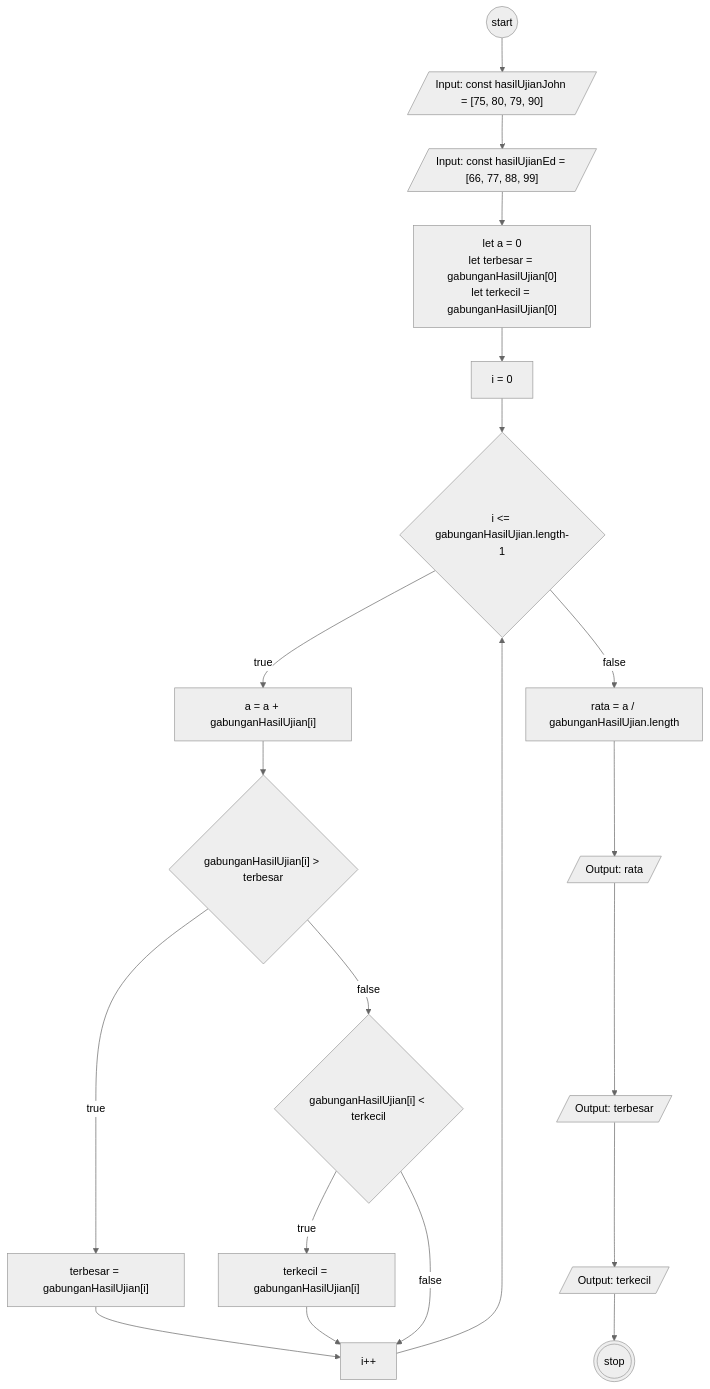
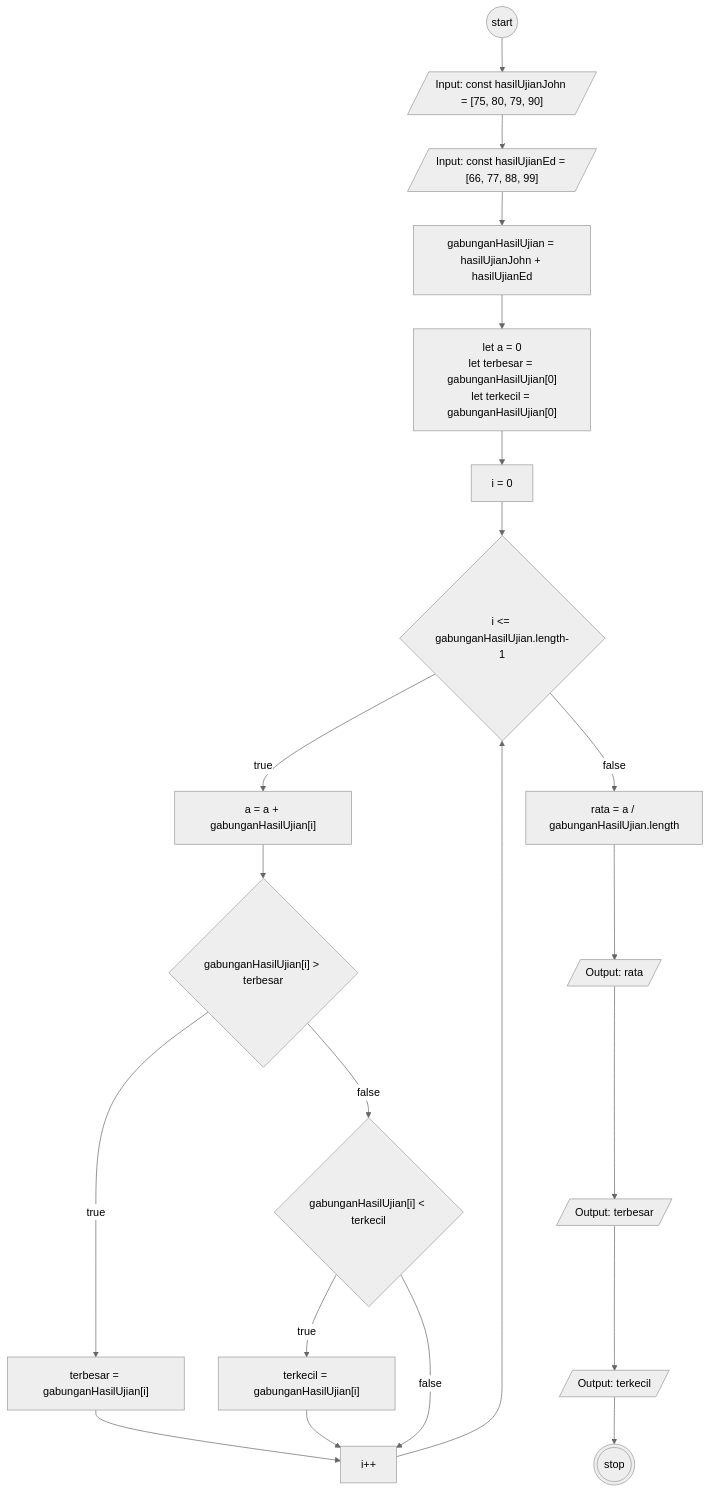
The diagram in task1.md (alhilalfathi/koda-b6-javascript2), drawn with Mermaid (neutral theme) before and after one commit.

````diff
--- a/task1.md
+++ b/task1.md
@@ -1,31 +1,31 @@
 ```mermaid
 flowchart TD
     start@{shape: circle}
     inputArray1@{ shape: lean-r, label: "Input: const hasilUjianJohn = [75, 80, 79, 90]"}
     inputArray2@{ shape: lean-r, label: "Input: const hasilUjianEd = [66, 77, 88, 99]"}
+    gabungan@{ label: "gabunganHasilUjian = hasilUjianJohn + hasilUjianEd"}
     proses@{ label: "let a = 0
     let terbesar = gabunganHasilUjian[0]
     let terkecil = gabunganHasilUjian[0]
     "}
     for1@{ label: "i = 0"}
     for2@{ shape: diamond, label: "i <= gabunganHasilUjian.length-1"}
     a@{ label: "a = a + gabunganHasilUjian[i]"}
     if1@{ shape: diamond, label: "gabunganHasilUjian[i] > terbesar"}
     if1true@{ label: "terbesar = gabunganHasilUjian[i]"}
     if2@{ shape: diamond, label: "gabunganHasilUjian[i] < terkecil"}
     if2true@{ label: "terkecil = gabunganHasilUjian[i]"}
     iterasi@{ label: "i++"}
     rata@{ label: "rata = a / gabunganHasilUjian.length"}
     output1@{ shape: lean-r, label: "Output: rata"}
     output2@{ shape: lean-r, label: "Output: terbesar"}
     output3@{ shape: lean-r, label: "Output: terkecil"}
     stop@{ shape: dbl-circ}
 
-start-->inputArray1-->inputArray2-->proses
-proses-->for1-->for2--true-->a
+start-->inputArray1-->inputArray2-->gabungan-->proses-->for1-->for2--true-->a
 a-->if1--true-->if1true-->iterasi
 if1--false-->if2--true-->if2true-->iterasi
 if2--false-->iterasi
 iterasi--->for2--false-->rata
 rata-->output1-->output2-->output3-->stop
 ```
````
